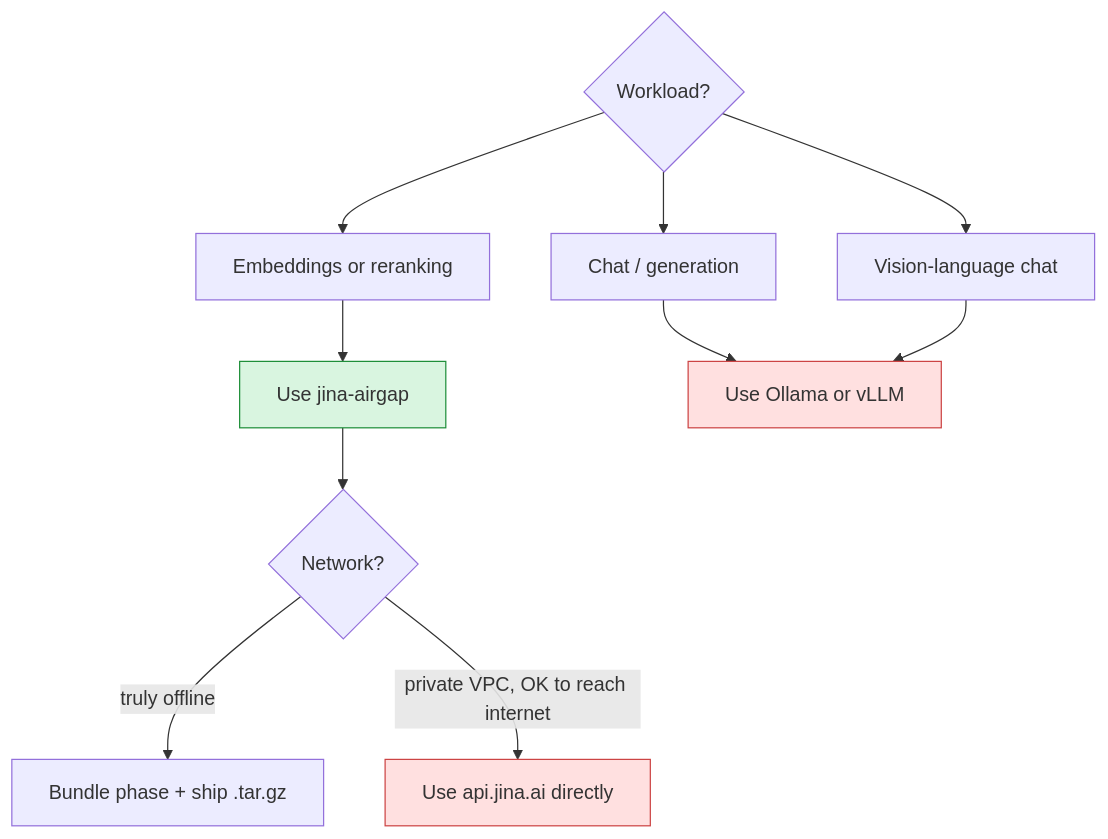
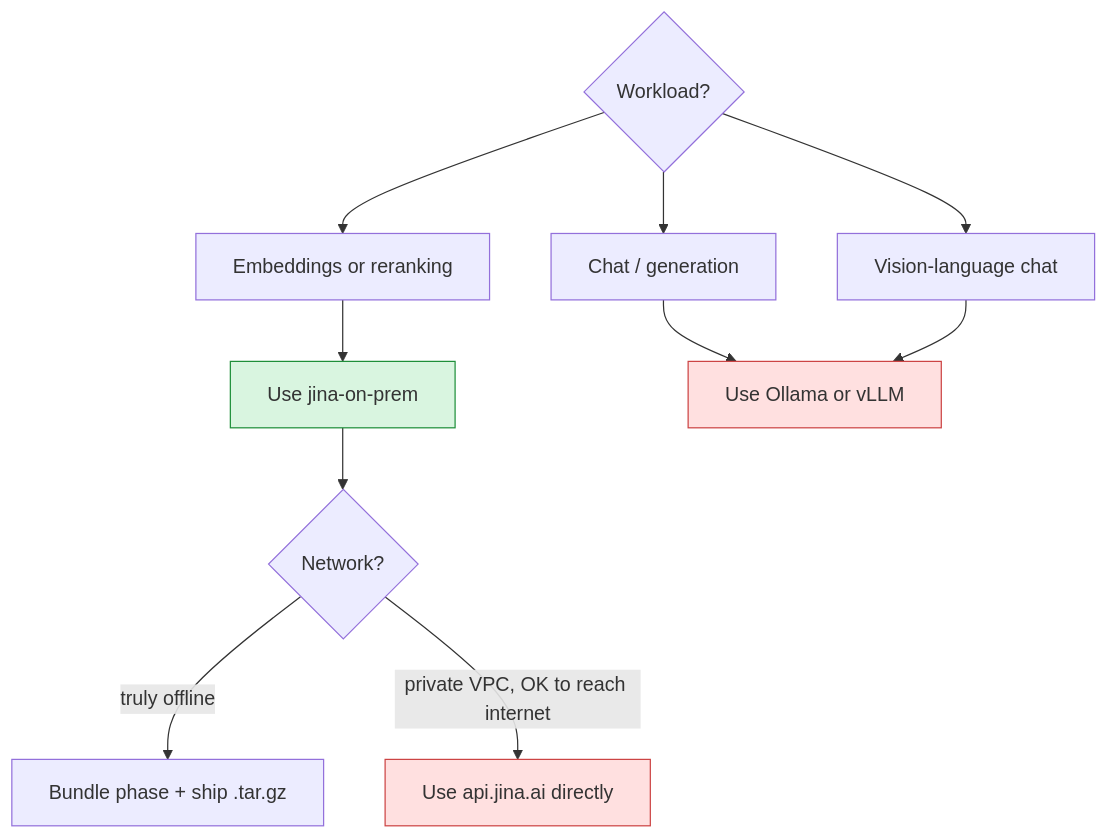
One commit to jina-ai/jina-on-prem changed the first of 2 diagrams in docs/Comparison.md. Above: the diagram before and after it, drawn with Mermaid. The commit also changed other lines of this file and 36 other files, not shown here.

First line of the commit message:
refactor: rename Jina AirGap to Jina On-Prem (#34)

````diff
--- a/docs/Comparison.md
+++ b/docs/Comparison.md
@@ -3,17 +3,17 @@
 ```mermaid
 flowchart TB
     classDef use fill:#d9f5e0,stroke:#1f8f3a
     classDef skip fill:#ffe0e0,stroke:#c44
 
     Q{Workload?} --> E[Embeddings or reranking]
     Q --> C[Chat / generation]
     Q --> V[Vision-language chat]
 
-    E --> Air[Use jina-airgap]:::use
+    E --> Air[Use jina-on-prem]:::use
     C --> O[Use Ollama or vLLM]:::skip
     V --> O
 
     Air --> N{Network?}
     N -- truly offline --> Bun[Bundle phase + ship .tar.gz]
     N -- private VPC, OK to reach internet --> Hosted[Use api.jina.ai directly]:::skip
 ```
````
